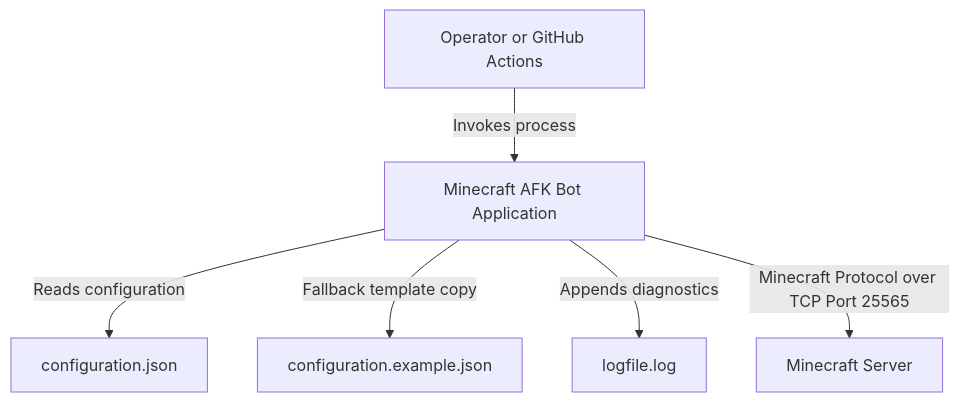
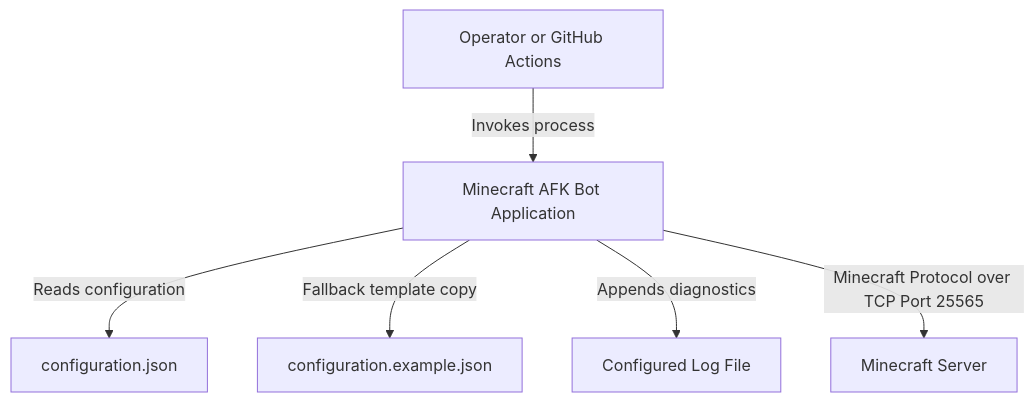
The first of 7 diagrams in ARCHITECTURE.md (hmlendea/minecraft-afk-bot), drawn with Mermaid before and after one commit. The commit also changed other lines of this file and 6 other files, not shown here.

````diff
--- a/ARCHITECTURE.md
+++ b/ARCHITECTURE.md
@@ -48,8 +48,8 @@
 ```mermaid
 graph TD
     User["Operator or GitHub Actions"] -->|Invokes process| Bot["Minecraft AFK Bot Application"]
     Bot -->|Reads configuration| ConfigFile["configuration.json"]
     Bot -->|Fallback template copy| ConfigTemplate["configuration.example.json"]
-    Bot -->|Appends diagnostics| LogFile["logfile.log"]
+    Bot -->|Appends diagnostics| LogFile["Configured Log File"]
     Bot -->|Minecraft Protocol over TCP Port 25565| Server["Minecraft Server"]
 ```
````
